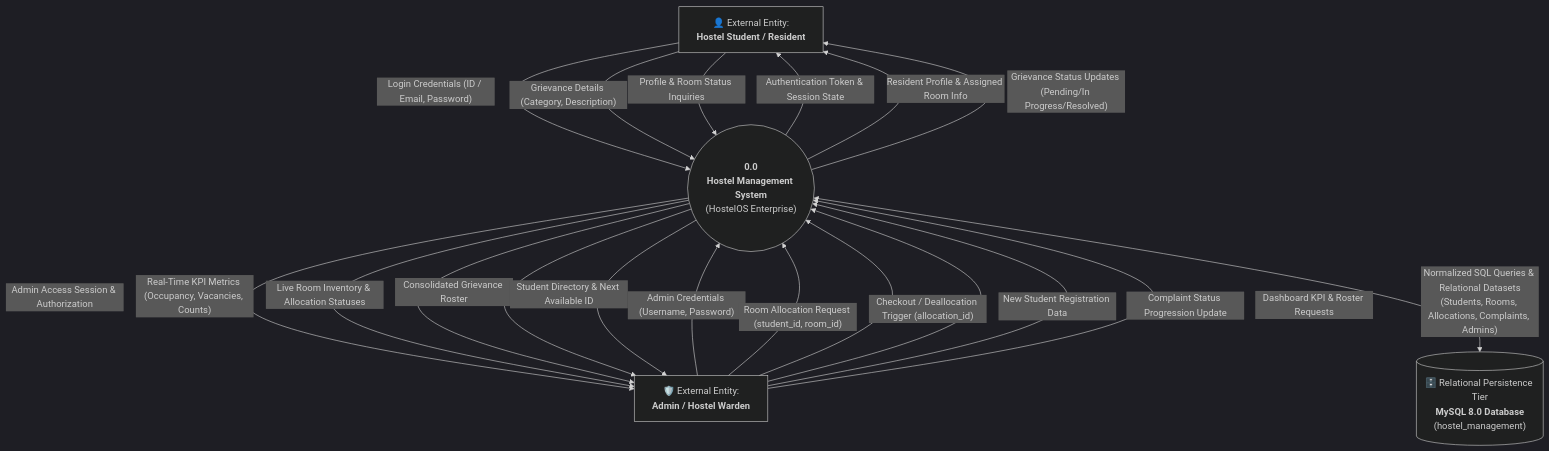
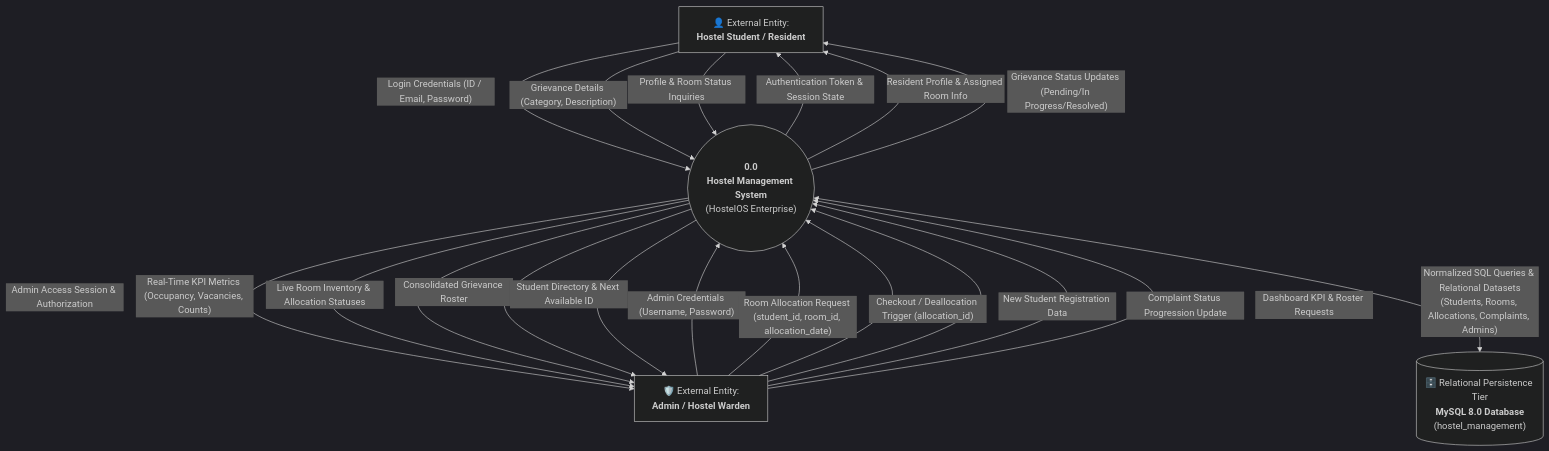
Before and after one commit to Hyperionn6907/Hostel-Management-System: the first of 5 diagrams in dataflow_diagram.md, drawn with Mermaid (dark theme). The commit also changed other lines of this file and 4 other files, not shown here.

````diff
--- a/dataflow_diagram.md
+++ b/dataflow_diagram.md
@@ -42,40 +42,40 @@
 ```mermaid
 graph TD
     %% External Entities
     E_Student["👤 External Entity:<br/><b>Hostel Student / Resident</b>"]
     E_Admin["🛡️ External Entity:<br/><b>Admin / Hostel Warden</b>"]
 
     %% Central Process
     P_HostelOS(("<b>0.0</b><br/><b>Hostel Management System</b><br/>(HostelOS Enterprise)"))
 
     %% Data Stores (Conceptual persistence boundary)
     DS_MySQL[("🗄️ Relational Persistence Tier<br/><b>MySQL 8.0 Database</b><br/>(hostel_management)")]
 
     %% Flows from Student
     E_Student -->|"Login Credentials (ID / Email, Password)"| P_HostelOS
     E_Student -->|"Grievance Details (Category, Description)"| P_HostelOS
     E_Student -->|"Profile & Room Status Inquiries"| P_HostelOS
 
     %% Flows to Student
     P_HostelOS -->|"Authentication Token & Session State"| E_Student
     P_HostelOS -->|"Resident Profile & Assigned Room Info"| E_Student
     P_HostelOS -->|"Grievance Status Updates (Pending/In Progress/Resolved)"| E_Student
 
     %% Flows from Admin
     E_Admin -->|"Admin Credentials (Username, Password)"| P_HostelOS
-    E_Admin -->|"Room Allocation Request (student_id, room_id)"| P_HostelOS
+    E_Admin -->|"Room Allocation Request (student_id, room_id, allocation_date)"| P_HostelOS
     E_Admin -->|"Checkout / Deallocation Trigger (allocation_id)"| P_HostelOS
     E_Admin -->|"New Student Registration Data"| P_HostelOS
     E_Admin -->|"Complaint Status Progression Update"| P_HostelOS
     E_Admin -->|"Dashboard KPI & Roster Requests"| P_HostelOS
 
     %% Flows to Admin
     P_HostelOS -->|"Admin Access Session & Authorization"| E_Admin
     P_HostelOS -->|"Real-Time KPI Metrics (Occupancy, Vacancies, Counts)"| E_Admin
     P_HostelOS -->|"Live Room Inventory & Allocation Statuses"| E_Admin
     P_HostelOS -->|"Consolidated Grievance Roster"| E_Admin
     P_HostelOS -->|"Student Directory & Next Available ID"| E_Admin
 
     %% Central Process <-> Database Flows
     P_HostelOS <-->|"Normalized SQL Queries & Relational Datasets<br/>(Students, Rooms, Allocations, Complaints, Admins)"| DS_MySQL
 ```
````
